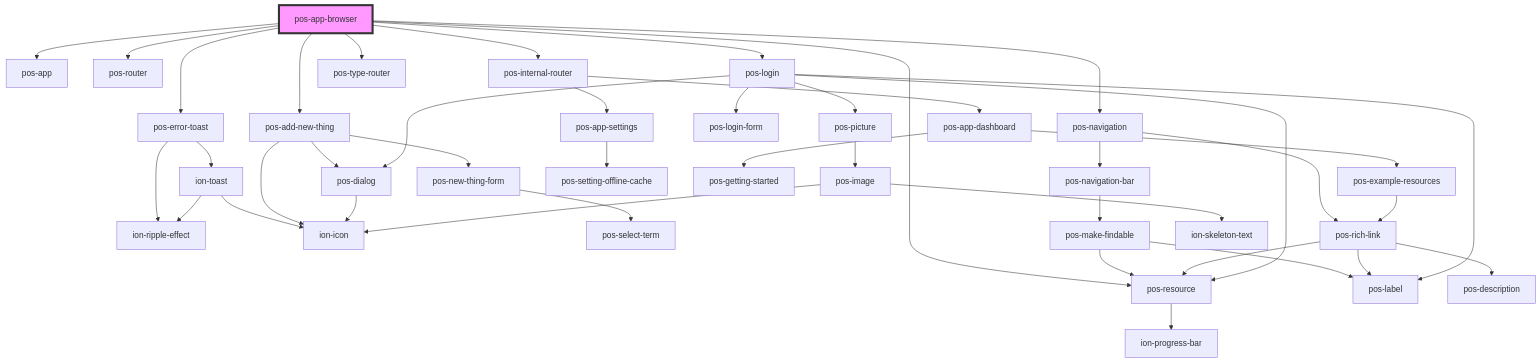
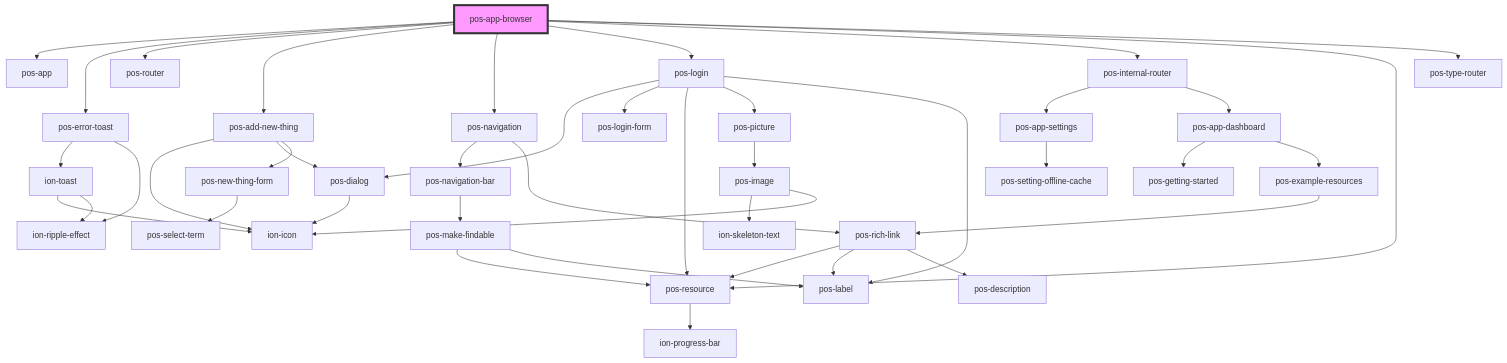
Before and after one commit to pod-os/PodOS: the diagram in docs/elements/apps/pos-app-browser/readme.md, drawn with Mermaid. The commit also changed other lines of this file and 1 other file, not shown here.

````diff
--- a/docs/elements/apps/pos-app-browser/readme.md
+++ b/docs/elements/apps/pos-app-browser/readme.md
@@ -31,45 +31,45 @@
 ```mermaid
 graph TD;
   pos-app-browser --> pos-app
   pos-app-browser --> pos-error-toast
   pos-app-browser --> pos-router
   pos-app-browser --> pos-add-new-thing
   pos-app-browser --> pos-navigation
   pos-app-browser --> pos-login
   pos-app-browser --> pos-internal-router
   pos-app-browser --> pos-resource
   pos-app-browser --> pos-type-router
   pos-error-toast --> ion-toast
   pos-error-toast --> ion-ripple-effect
   ion-toast --> ion-icon
   ion-toast --> ion-ripple-effect
   pos-add-new-thing --> ion-icon
   pos-add-new-thing --> pos-dialog
   pos-add-new-thing --> pos-new-thing-form
   pos-dialog --> ion-icon
   pos-new-thing-form --> pos-select-term
   pos-navigation --> pos-navigation-bar
   pos-navigation --> pos-rich-link
   pos-navigation-bar --> pos-make-findable
   pos-make-findable --> pos-resource
   pos-make-findable --> pos-label
   pos-resource --> ion-progress-bar
   pos-rich-link --> pos-resource
   pos-rich-link --> pos-label
   pos-rich-link --> pos-description
+  pos-login --> pos-dialog
+  pos-login --> pos-login-form
   pos-login --> pos-resource
   pos-login --> pos-picture
   pos-login --> pos-label
-  pos-login --> pos-dialog
-  pos-login --> pos-login-form
   pos-picture --> pos-image
   pos-image --> ion-skeleton-text
   pos-image --> ion-icon
   pos-internal-router --> pos-app-settings
   pos-internal-router --> pos-app-dashboard
   pos-app-settings --> pos-setting-offline-cache
   pos-app-dashboard --> pos-getting-started
   pos-app-dashboard --> pos-example-resources
   pos-example-resources --> pos-rich-link
   style pos-app-browser fill:#f9f,stroke:#333,stroke-width:4px
 ```
````
